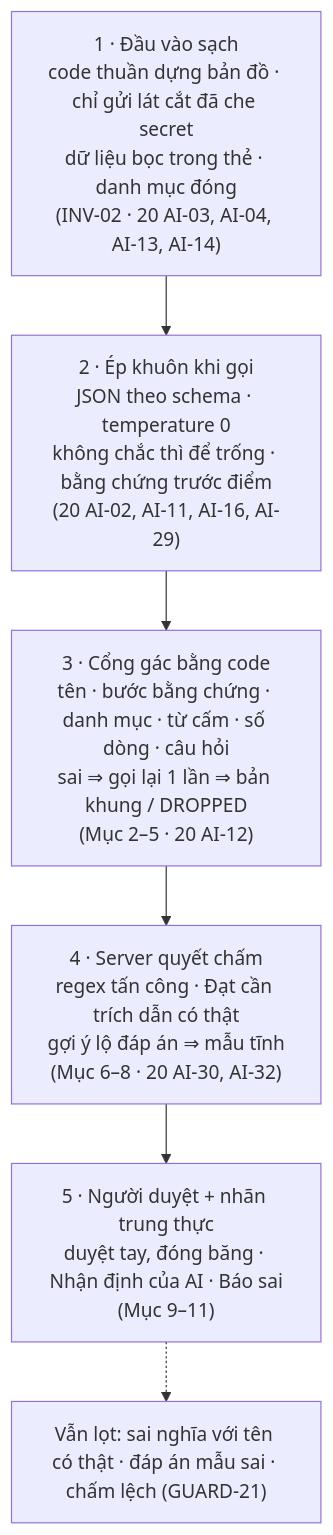
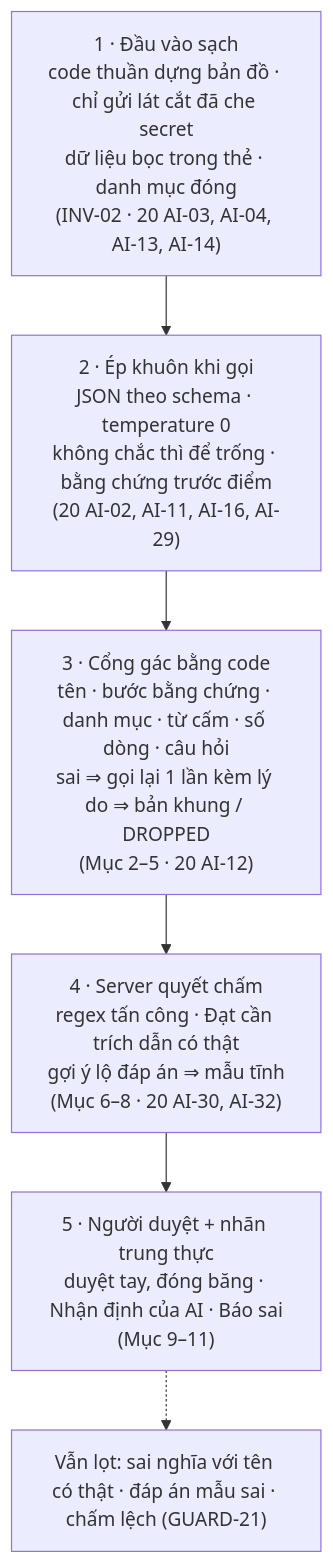
Before and after one commit to huynhthanhnhannnh-pixel/Hackathon_SGU: the first of 2 diagrams in spec/21_AI_KIEM_VA_DUYET.md, drawn with Mermaid. The commit also changed other lines of this file and 14 other files, not shown here.

````diff
--- a/spec/21_AI_KIEM_VA_DUYET.md
+++ b/spec/21_AI_KIEM_VA_DUYET.md
@@ -16,11 +16,11 @@
 ```mermaid
 flowchart TB
   L1["1 · Đầu vào sạch<br/>code thuần dựng bản đồ · chỉ gửi lát cắt đã che secret<br/>dữ liệu bọc trong thẻ · danh mục đóng<br/>(INV-02 · 20 AI-03, AI-04, AI-13, AI-14)"]
   L2["2 · Ép khuôn khi gọi<br/>JSON theo schema · temperature 0<br/>không chắc thì để trống · bằng chứng trước điểm<br/>(20 AI-02, AI-11, AI-16, AI-29)"]
-  L3["3 · Cổng gác bằng code<br/>tên · bước bằng chứng · danh mục · từ cấm · số dòng · câu hỏi<br/>sai ⇒ gọi lại 1 lần ⇒ bản khung / DROPPED<br/>(Mục 2–5 · 20 AI-12)"]
+  L3["3 · Cổng gác bằng code<br/>tên · bước bằng chứng · danh mục · từ cấm · số dòng · câu hỏi<br/>sai ⇒ gọi lại 1 lần kèm lý do ⇒ bản khung / DROPPED<br/>(Mục 2–5 · 20 AI-12)"]
   L4["4 · Server quyết chấm<br/>regex tấn công · Đạt cần trích dẫn có thật<br/>gợi ý lộ đáp án ⇒ mẫu tĩnh<br/>(Mục 6–8 · 20 AI-30, AI-32)"]
   L5["5 · Người duyệt + nhãn trung thực<br/>duyệt tay, đóng băng · Nhận định của AI · Báo sai<br/>(Mục 9–11)"]
   R["Vẫn lọt: sai nghĩa với tên có thật · đáp án mẫu sai · chấm lệch (GUARD-21)"]
   L1 --> L2 --> L3 --> L4 --> L5
   L5 -.-> R
 ```
````
